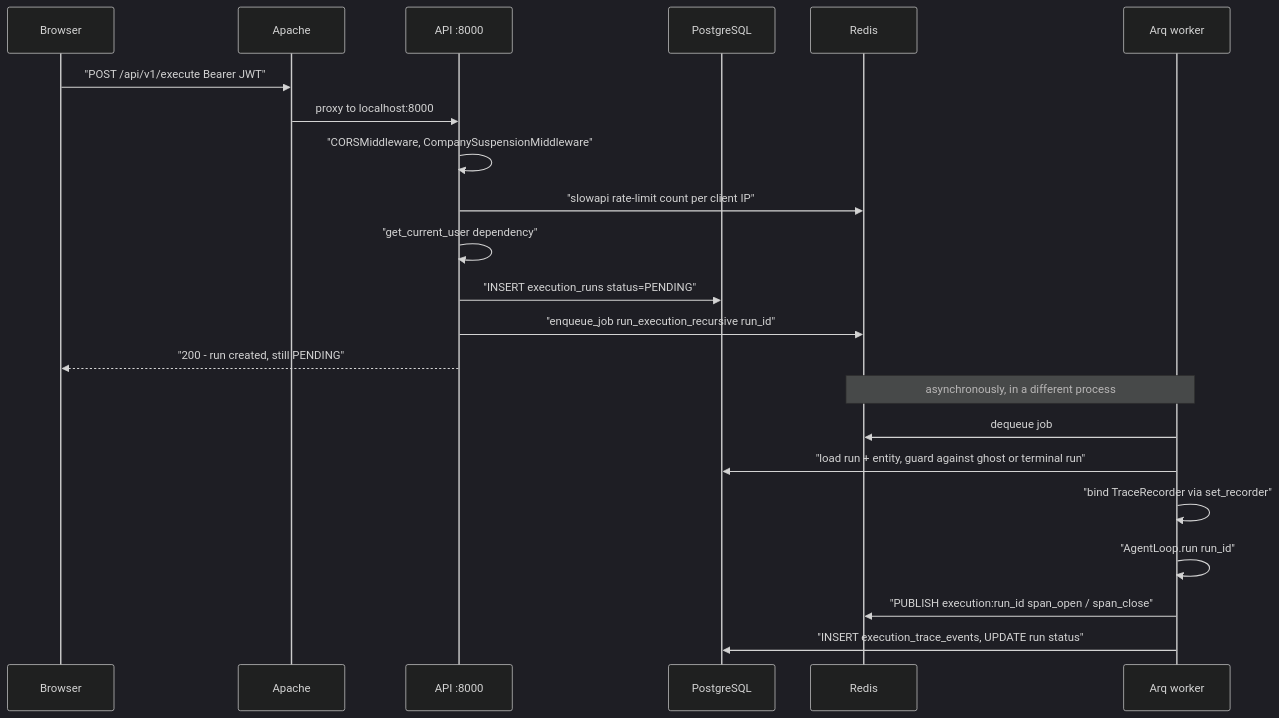
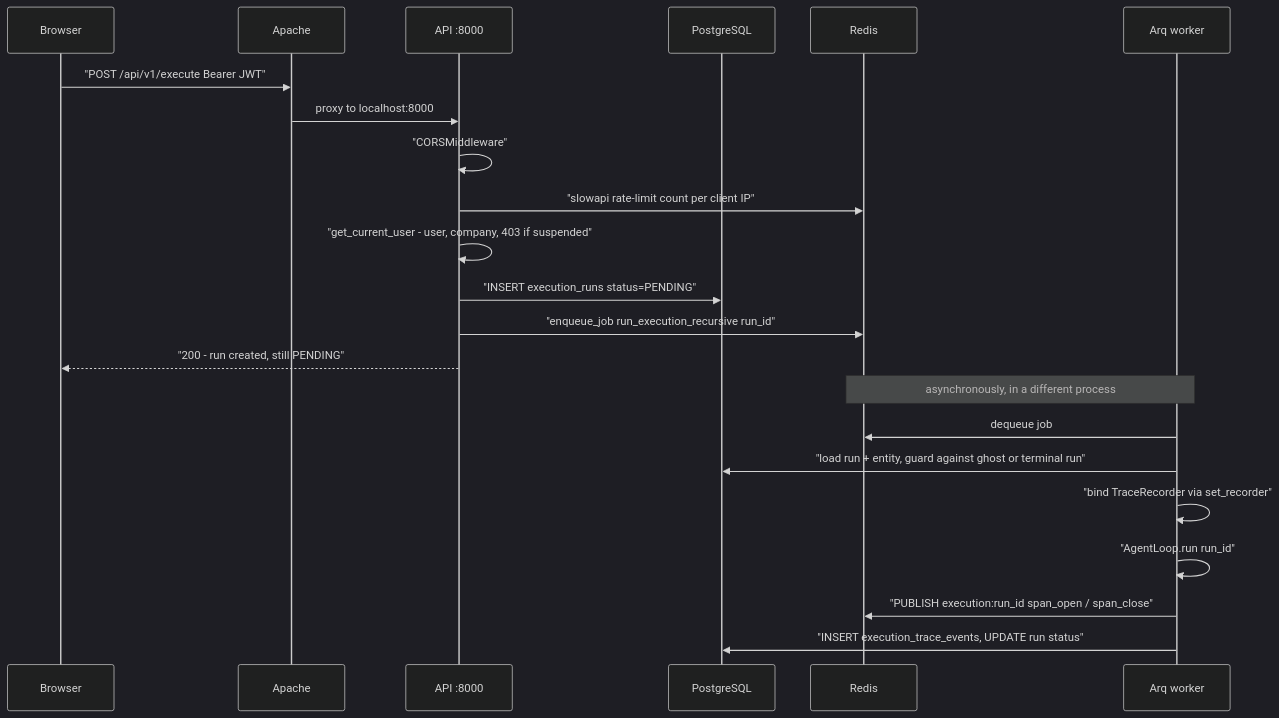
The ninth of 19 diagrams in docs/current/02-system-architecture.md (gondolerahul/hire-buddha-app), drawn with Mermaid (dark theme) before and after one commit. The commit also changed other lines of this file and 9 other files, not shown here.

First line of the commit message:
fix(api): suspension is checked once, by the auth dependency (SA-18)

````diff
--- a/docs/current/02-system-architecture.md
+++ b/docs/current/02-system-architecture.md
@@ -657,26 +656,26 @@
 ```mermaid
 sequenceDiagram
     participant B as Browser
     participant A as Apache
     participant API as API :8000
     participant PG as PostgreSQL
     participant R as Redis
     participant W as Arq worker
 
     B->>A: "POST /api/v1/execute  Bearer JWT"
     A->>API: proxy to localhost:8000
-    API->>API: "CORSMiddleware, CompanySuspensionMiddleware"
+    API->>API: "CORSMiddleware"
     API->>R: "slowapi rate-limit count per client IP"
-    API->>API: "get_current_user dependency"
+    API->>API: "get_current_user - user, company, 403 if suspended"
     API->>PG: "INSERT execution_runs status=PENDING"
     API->>R: "enqueue_job run_execution_recursive run_id"
     API-->>B: "200 - run created, still PENDING"
 
     Note over W,R: asynchronously, in a different process
     W->>R: dequeue job
     W->>PG: "load run + entity, guard against ghost or terminal run"
     W->>W: "bind TraceRecorder via set_recorder"
     W->>W: "AgentLoop.run run_id"
     W->>R: "PUBLISH execution:run_id  span_open / span_close"
     W->>PG: "INSERT execution_trace_events, UPDATE run status"
 ```
````
